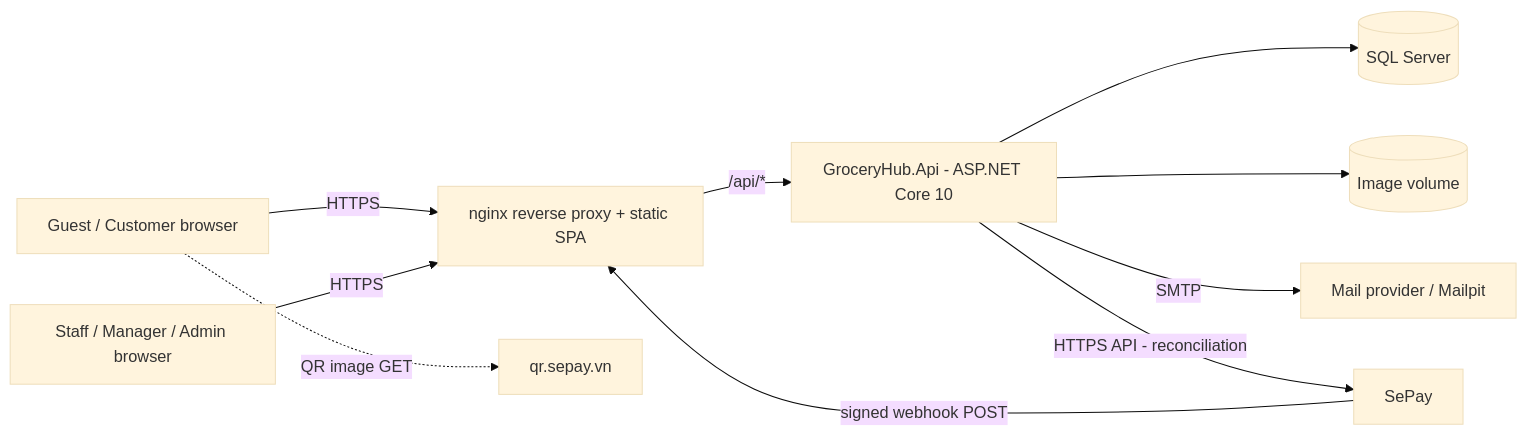
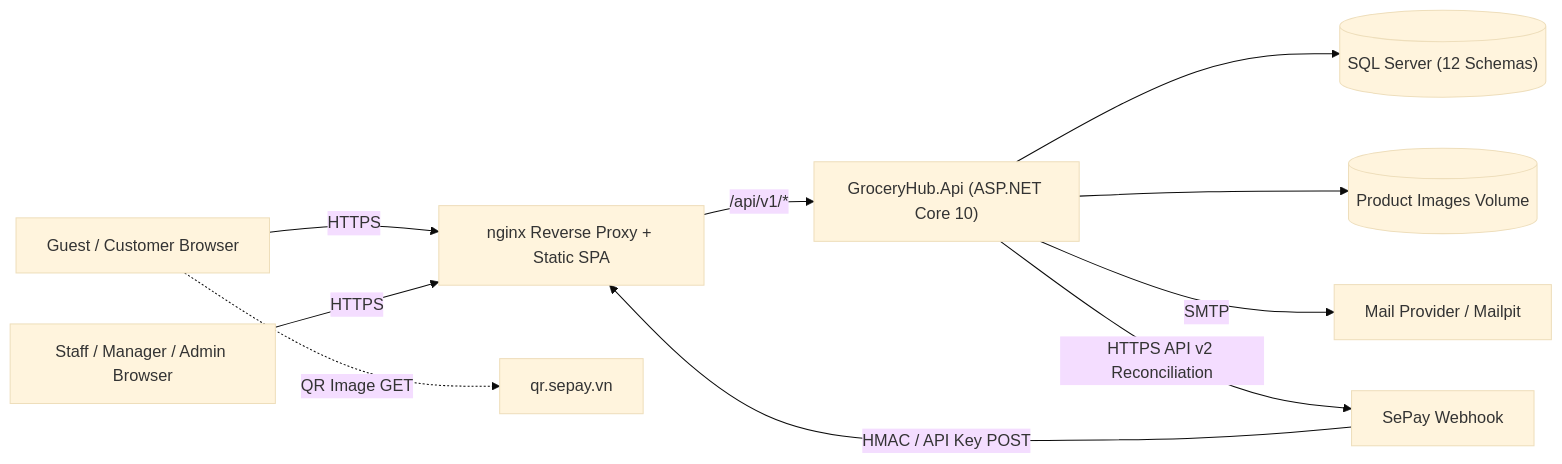
Before and after one commit to dangbinhduongwork-ai/Grocery: the first of 3 diagrams in docs/spec/05-SYSTEM-ARCHITECTURE.md, drawn with Mermaid (base theme). The commit also changed other lines of this file and 11 other files, not shown here.

````diff
--- a/docs/spec/05-SYSTEM-ARCHITECTURE.md
+++ b/docs/spec/05-SYSTEM-ARCHITECTURE.md
@@ -4,12 +9,12 @@
 ```mermaid
 flowchart LR
-  G[Guest / Customer browser] -->|HTTPS| P[nginx reverse proxy + static SPA]
-  S[Staff / Manager / Admin browser] -->|HTTPS| P
-  P -->|/api/*| A[GroceryHub.Api - ASP.NET Core 10]
-  A --> D[(SQL Server)]
-  A --> F[(Image volume)]
-  A -->|SMTP| M[Mail provider / Mailpit]
-  SP[SePay] -->|signed webhook POST| P
-  A -->|HTTPS API - reconciliation| SP
-  G -.->|QR image GET| Q[qr.sepay.vn]
+  G["Guest / Customer Browser"] -->|HTTPS| P["nginx Reverse Proxy + Static SPA"]
+  S["Staff / Manager / Admin Browser"] -->|HTTPS| P
+  P -->|/api/v1/*| A["GroceryHub.Api (ASP.NET Core 10)"]
+  A --> D[("SQL Server (12 Schemas)")]
+  A --> F[("Product Images Volume")]
+  A -->|SMTP| M["Mail Provider / Mailpit"]
+  SP["SePay Webhook"] -->|HMAC / API Key POST| P
+  A -->|HTTPS API v2 Reconciliation| SP
+  G -.->|QR Image GET| Q["qr.sepay.vn"]
 ```
````
